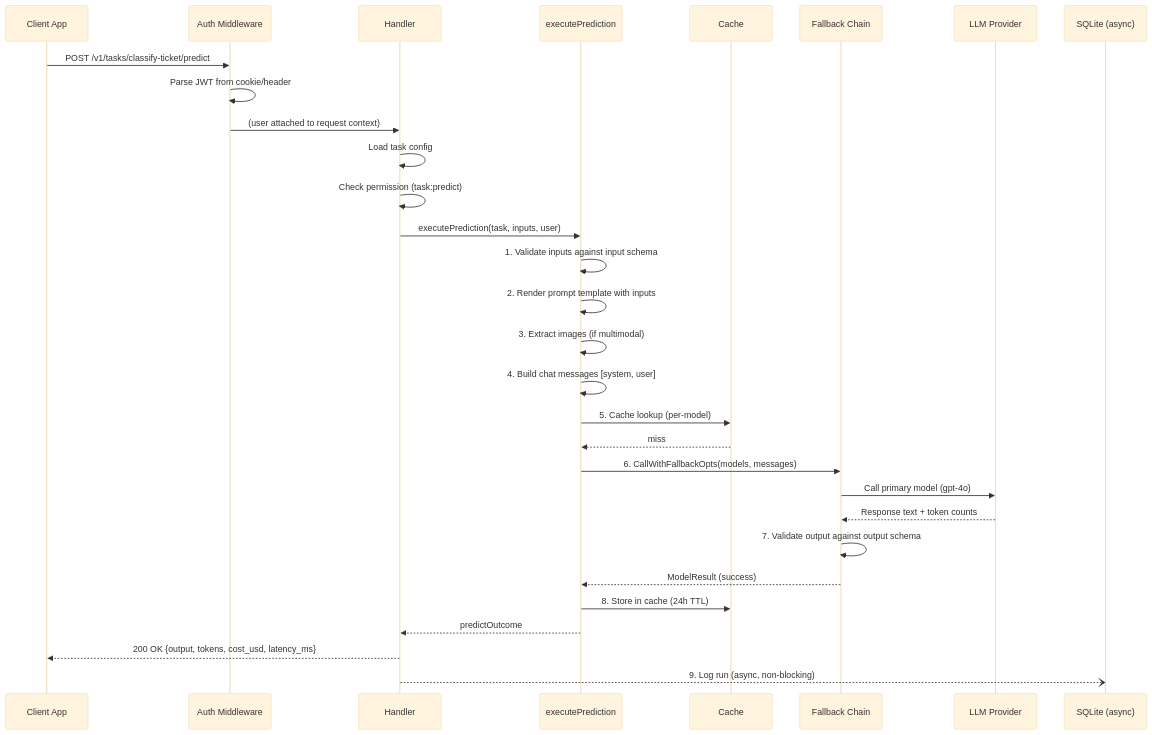
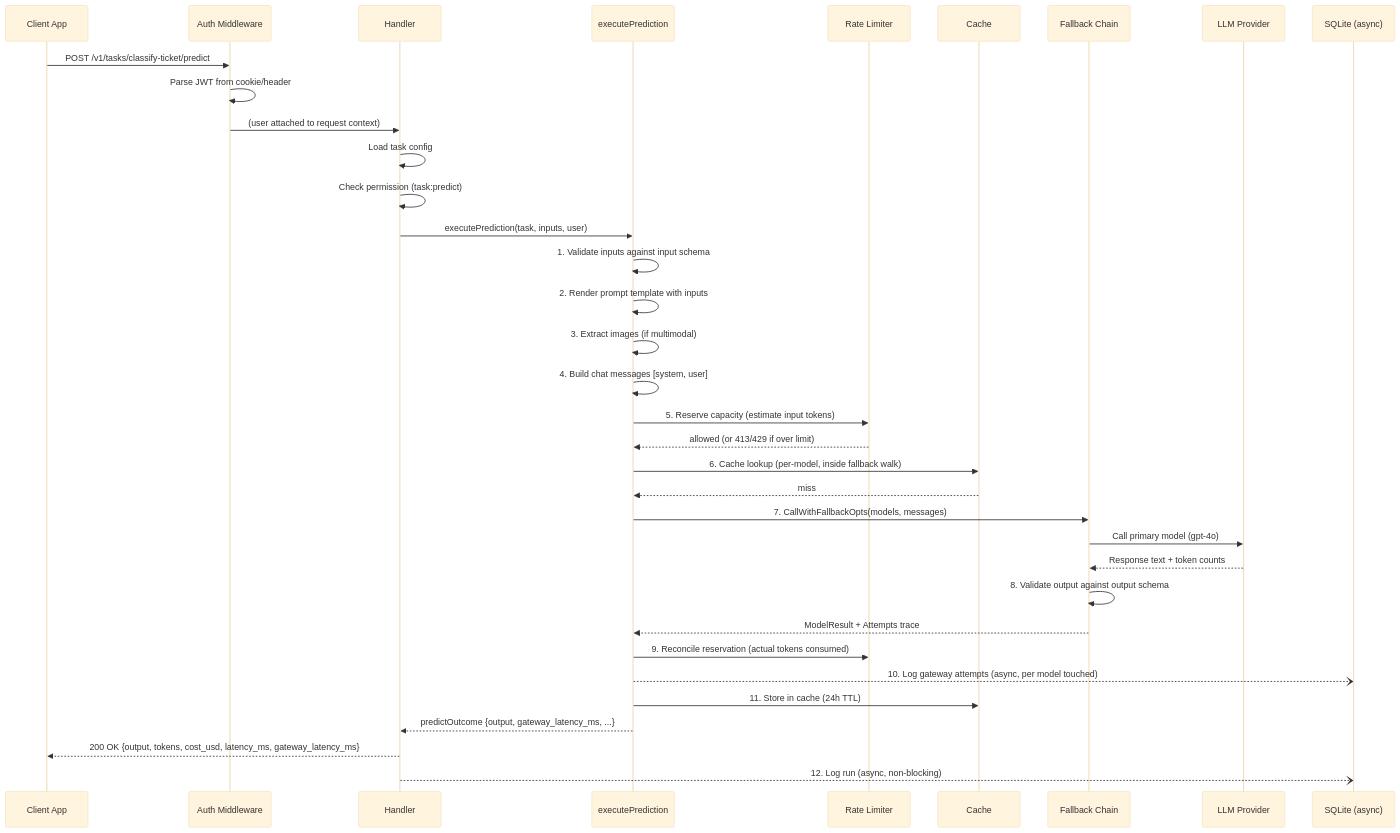
One commit to Anushka-meesho/llm_platform changed the diagram in llm_platform_go/docs/04-prediction-flow.md. Above: the diagram before and after it, drawn with Mermaid (base theme). The commit also changed other lines of this file and 28 other files, not shown here.

````diff
--- a/llm_platform_go/docs/04-prediction-flow.md
+++ b/llm_platform_go/docs/04-prediction-flow.md
@@ -9,33 +9,38 @@
 ```mermaid
 sequenceDiagram
     participant App as Client App
     participant Mid as Auth Middleware
     participant H as Handler
     participant EP as executePrediction
+    participant RL as Rate Limiter
     participant C as Cache
     participant FB as Fallback Chain
     participant P as LLM Provider
     participant DB as SQLite (async)
 
     App->>Mid: POST /v1/tasks/classify-ticket/predict
     Mid->>Mid: Parse JWT from cookie/header
     Mid->>H: (user attached to request context)
     H->>H: Load task config
     H->>H: Check permission (task:predict)
     H->>EP: executePrediction(task, inputs, user)
     EP->>EP: 1. Validate inputs against input schema
     EP->>EP: 2. Render prompt template with inputs
     EP->>EP: 3. Extract images (if multimodal)
     EP->>EP: 4. Build chat messages [system, user]
-    EP->>C: 5. Cache lookup (per-model)
+    EP->>RL: 5. Reserve capacity (estimate input tokens)
+    RL-->>EP: allowed (or 413/429 if over limit)
+    EP->>C: 6. Cache lookup (per-model, inside fallback walk)
     C-->>EP: miss
-    EP->>FB: 6. CallWithFallbackOpts(models, messages)
+    EP->>FB: 7. CallWithFallbackOpts(models, messages)
     FB->>P: Call primary model (gpt-4o)
     P-->>FB: Response text + token counts
-    FB->>FB: 7. Validate output against output schema
-    FB-->>EP: ModelResult (success)
-    EP->>C: 8. Store in cache (24h TTL)
-    EP-->>H: predictOutcome
-    H-->>App: 200 OK {output, tokens, cost_usd, latency_ms}
-    H--)DB: 9. Log run (async, non-blocking)
+    FB->>FB: 8. Validate output against output schema
+    FB-->>EP: ModelResult + Attempts trace
+    EP->>RL: 9. Reconcile reservation (actual tokens consumed)
+    EP--)DB: 10. Log gateway attempts (async, per model touched)
+    EP->>C: 11. Store in cache (24h TTL)
+    EP-->>H: predictOutcome {output, gateway_latency_ms, ...}
+    H-->>App: 200 OK {output, tokens, cost_usd, latency_ms, gateway_latency_ms}
+    H--)DB: 12. Log run (async, non-blocking)
 ```
````
